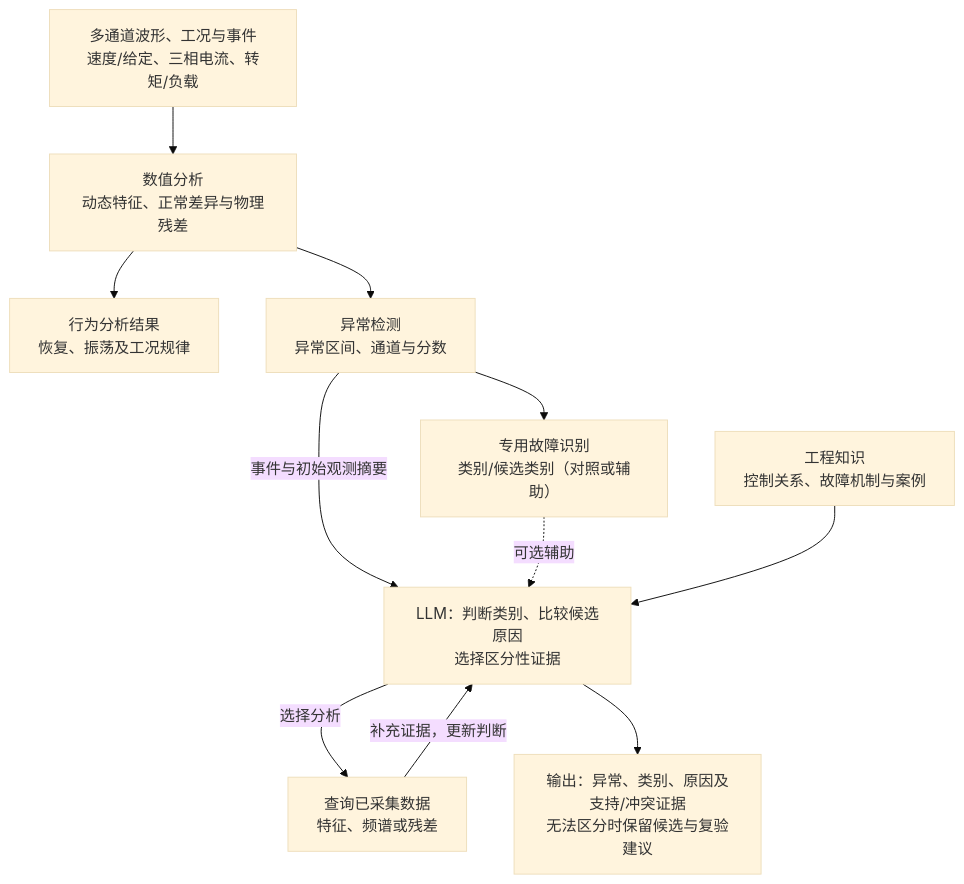
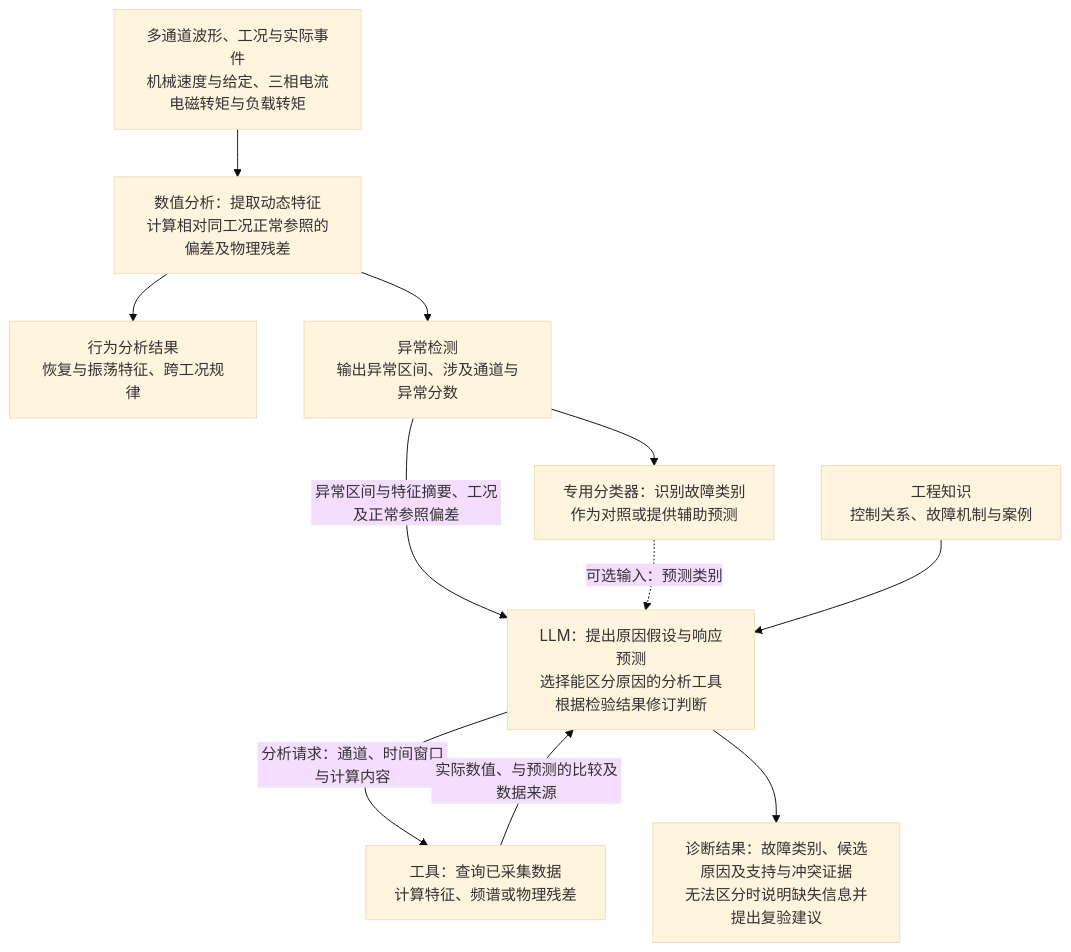
The third of 3 diagrams in docs/research/2026-11-11-hil-ai-selection/discussion-brief.md (LYX2LK/Typhoon-HIL-lab-workflow), drawn with Mermaid (base theme) before and after one commit. The commit also changed other lines of this file and 14 other files, not shown here.

First line of the commit message:
docs(research): 深化 HIL 大模型方法设计并完善方案与流程图

````diff
--- a/docs/research/2026-11-11-hil-ai-selection/discussion-brief.md
+++ b/docs/research/2026-11-11-hil-ai-selection/discussion-brief.md
@@ -54,13 +89,13 @@
 ```mermaid
 flowchart TD
-    A["多通道波形、工况与事件<br/>速度/给定、三相电流、转矩/负载"] --> F["数值分析<br/>动态特征、正常差异与物理残差"]
-    F --> W["行为分析结果<br/>恢复、振荡及工况规律"]
-    F --> D["异常检测<br/>异常区间、通道与分数"]
-    D --> C["专用故障识别<br/>类别/候选类别（对照或辅助）"]
-    D -->|事件与初始观测摘要| L["LLM：判断类别、比较候选原因<br/>选择区分性证据"]
-    C -.->|可选辅助| L
+    A["多通道波形、工况与实际事件<br/>机械速度与给定、三相电流<br/>电磁转矩与负载转矩"] --> F["数值分析：提取动态特征<br/>计算相对同工况正常参照的偏差及物理残差"]
+    F --> W["行为分析结果<br/>恢复与振荡特征、跨工况规律"]
+    F --> D["异常检测<br/>输出异常区间、涉及通道与异常分数"]
+    D --> C["专用分类器：识别故障类别<br/>作为对照或提供辅助预测"]
+    D -->|异常区间与特征摘要、工况及正常参照偏差| L["LLM：提出原因假设与响应预测<br/>选择能区分原因的分析工具<br/>根据检验结果修订判断"]
+    C -.->|可选输入：预测类别| L
     K["工程知识<br/>控制关系、故障机制与案例"] --> L
-    L -->|选择分析| T["查询已采集数据<br/>特征、频谱或残差"]
-    T -->|补充证据，更新判断| L
-    L --> O["输出：异常、类别、原因及支持/冲突证据<br/>无法区分时保留候选与复验建议"]
+    L -->|分析请求：通道、时间窗口与计算内容| T["工具：查询已采集数据<br/>计算特征、频谱或物理残差"]
+    T -->|实际数值、与预测的比较及数据来源| L
+    L --> O["诊断结果：故障类别、候选原因及支持与冲突证据<br/>无法区分时说明缺失信息并提出复验建议"]
 ```
````
